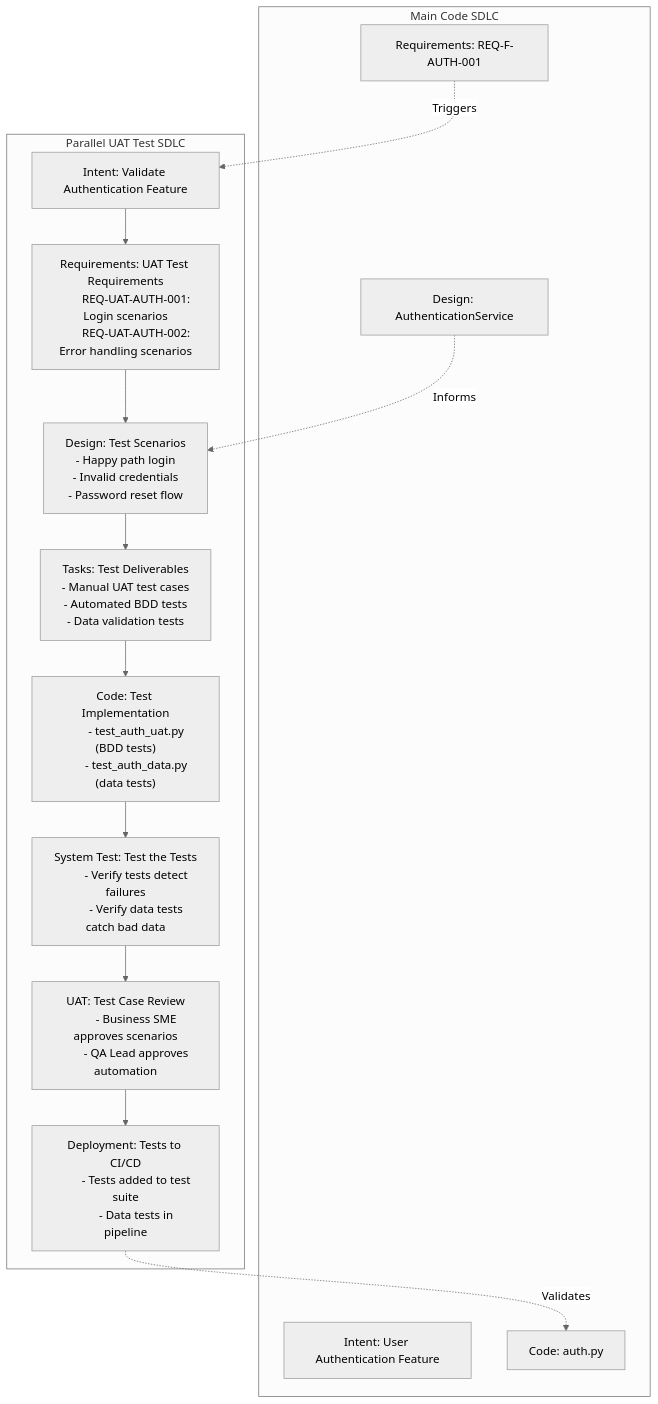
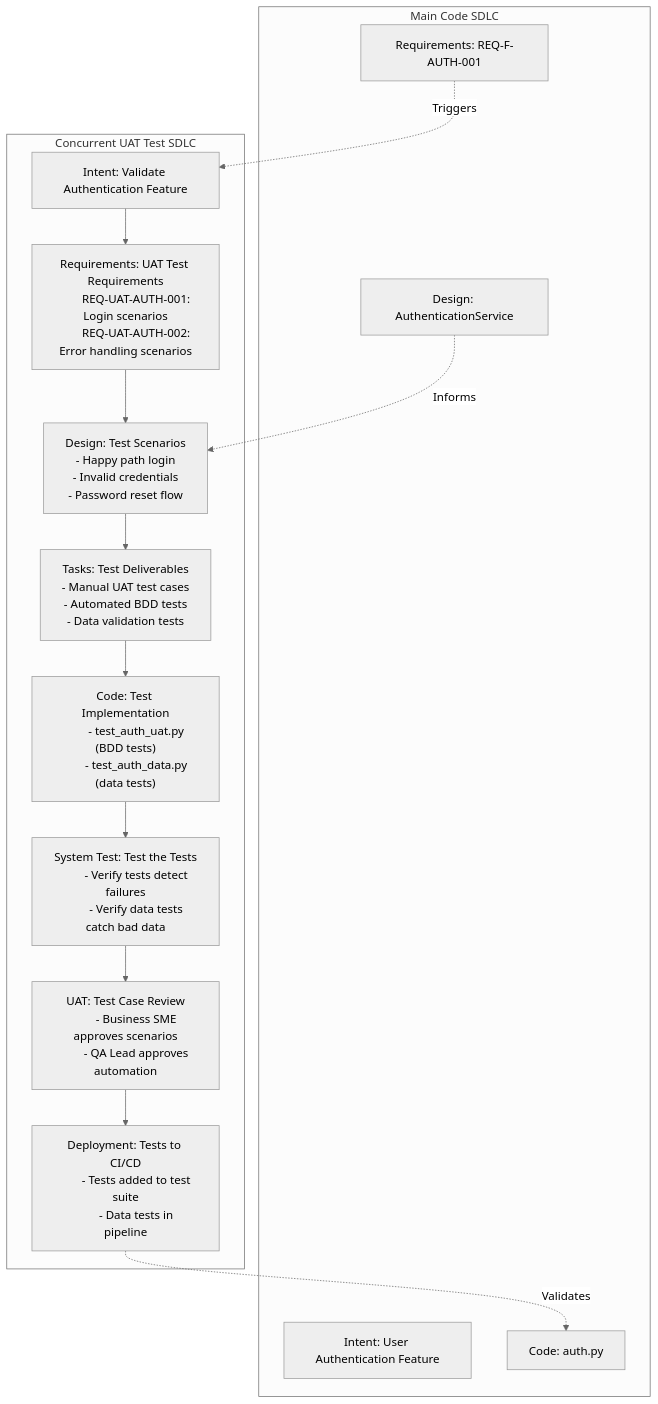
Before and after one commit to foolishimp/AI_SDLC_Context: the tenth of 13 diagrams in docs/ai_sdlc_guide.md, drawn with Mermaid (neutral theme). The commit also changed other lines of this file, not shown here.

First line of the commit message:
Streamline AI SDLC guide: Replace verbose examples with concise principles

````diff
--- a/docs/ai_sdlc_guide.md
+++ b/docs/ai_sdlc_guide.md
@@ -1673,48 +2331,48 @@
 ```mermaid
 flowchart TD
     subgraph "Main Code SDLC"
         MAIN_INTENT["Intent: User Authentication Feature"]
         MAIN_REQ["Requirements: REQ-F-AUTH-001"]
         MAIN_DESIGN["Design: AuthenticationService"]
         MAIN_CODE["Code: auth.py"]
     end
 
-    subgraph "Parallel UAT Test SDLC"
+    subgraph "Concurrent UAT Test SDLC"
         UAT_INTENT["Intent: Validate Authentication Feature"]
         UAT_REQ["Requirements: UAT Test Requirements
         REQ-UAT-AUTH-001: Login scenarios
         REQ-UAT-AUTH-002: Error handling scenarios"]
         UAT_DESIGN["Design: Test Scenarios
         - Happy path login
         - Invalid credentials
         - Password reset flow"]
         UAT_TASKS["Tasks: Test Deliverables
         - Manual UAT test cases
         - Automated BDD tests
         - Data validation tests"]
         UAT_CODE["Code: Test Implementation
         - test_auth_uat.py (BDD tests)
         - test_auth_data.py (data tests)"]
         UAT_TEST["System Test: Test the Tests
         - Verify tests detect failures
         - Verify data tests catch bad data"]
         UAT_UAT["UAT: Test Case Review
         - Business SME approves scenarios
         - QA Lead approves automation"]
         UAT_DEPLOY["Deployment: Tests to CI/CD
         - Tests added to test suite
         - Data tests in pipeline"]
     end
 
     MAIN_REQ -.->|"Triggers"| UAT_INTENT
     MAIN_DESIGN -.->|"Informs"| UAT_DESIGN
     UAT_DEPLOY -.->|"Validates"| MAIN_CODE
 
     UAT_INTENT --> UAT_REQ
     UAT_REQ --> UAT_DESIGN
     UAT_DESIGN --> UAT_TASKS
     UAT_TASKS --> UAT_CODE
     UAT_CODE --> UAT_TEST
     UAT_TEST --> UAT_UAT
     UAT_UAT --> UAT_DEPLOY
 ```
````
